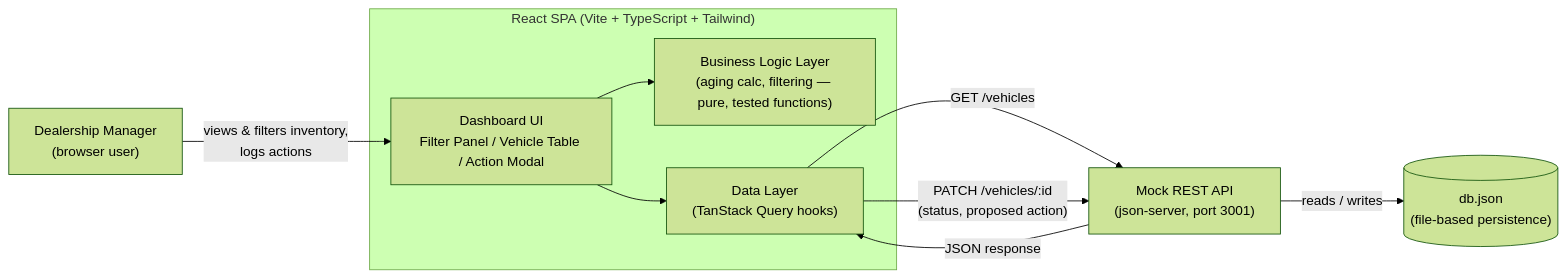
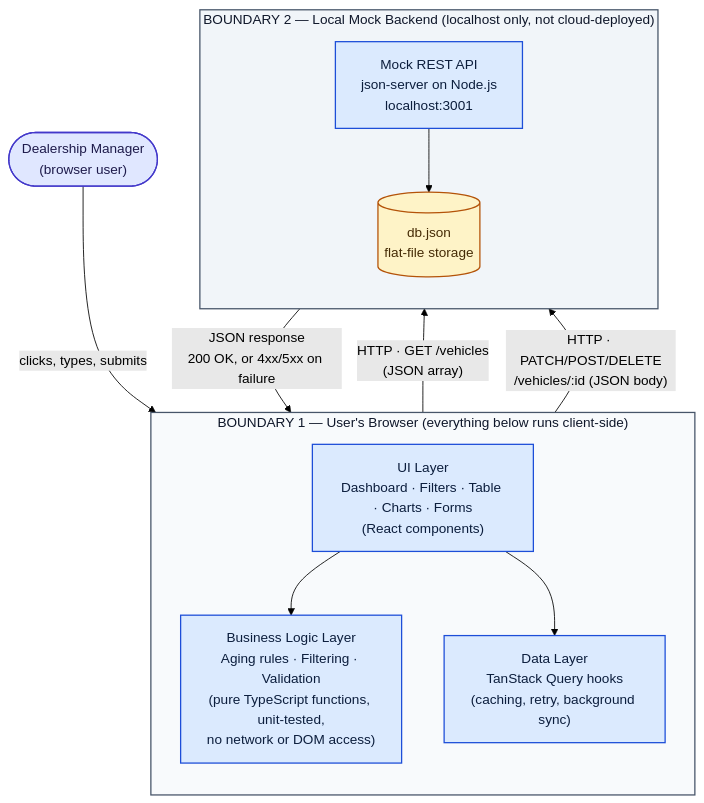
Before and after one commit to settpaing89/The-Intelligent-Inventory-Dashboard-By-ASP: the diagram in SYSTEM_DESIGN.md, drawn with Mermaid (forest theme). The commit also changed other lines of this file, not shown here.

````diff
--- a/SYSTEM_DESIGN.md
+++ b/SYSTEM_DESIGN.md
@@ -34,17 +28,32 @@
 ```mermaid
-flowchart LR
-    User["Dealership Manager<br/>(browser user)"] -->|"views &amp; filters inventory,<br/>logs actions"| App
+flowchart TB
+    classDef actor fill:#e0e7ff,stroke:#4338ca,stroke-width:1.5px,color:#1e1b4b
+    classDef component fill:#dbeafe,stroke:#1d4ed8,stroke-width:1.5px,color:#0c1e3d
+    classDef datastore fill:#fef3c7,stroke:#b45309,stroke-width:1.5px,color:#452b06
 
-    subgraph Frontend["React SPA (Vite + TypeScript + Tailwind)"]
-        App["Dashboard UI<br/>Filter Panel / Vehicle Table / Action Modal"]
-        Logic["Business Logic Layer<br/>(aging calc, filtering — pure, tested functions)"]
-        Query["Data Layer<br/>(TanStack Query hooks)"]
-        App --> Logic
-        App --> Query
+    User(["Dealership Manager<br/>(browser user)"]):::actor
+
+    subgraph ClientBoundary["BOUNDARY 1 — User's Browser (everything below runs client-side)"]
+        direction TB
+        UI["UI Layer<br/>Dashboard · Filters · Table · Charts · Forms<br/>(React components)"]:::component
+        Logic["Business Logic Layer<br/>Aging rules · Filtering · Validation<br/>(pure TypeScript functions, unit-tested,<br/>no network or DOM access)"]:::component
+        DataLayer["Data Layer<br/>TanStack Query hooks<br/>(caching, retry, background sync)"]:::component
+        UI --> Logic
+        UI --> DataLayer
     end
 
-    Query -->|"GET /vehicles"| API["Mock REST API<br/>(json-server, port 3001)"]
-    Query -->|"PATCH /vehicles/:id<br/>(status, proposed action)"| API
-    API -->|"reads / writes"| DB[("db.json<br/>(file-based persistence)")]
-    API -->|"JSON response"| Query
+    subgraph ServerBoundary["BOUNDARY 2 — Local Mock Backend (localhost only, not cloud-deployed)"]
+        direction TB
+        API["Mock REST API<br/>json-server on Node.js<br/>localhost:3001"]:::component
+        DB[("db.json<br/>flat-file storage")]:::datastore
+        API --> DB
+    end
+
+    User -->|"clicks, types, submits"| UI
+    DataLayer -->|"HTTP · GET /vehicles<br/>(JSON array)"| API
+    DataLayer -->|"HTTP · PATCH/POST/DELETE<br/>/vehicles/:id (JSON body)"| API
+    API -->|"JSON response<br/>200 OK, or 4xx/5xx on failure"| DataLayer
+
+    style ClientBoundary fill:#f8fafc,stroke:#475569,stroke-width:1.5px,color:#0f172a
+    style ServerBoundary fill:#f1f5f9,stroke:#475569,stroke-width:1.5px,color:#0f172a
 ```
````
